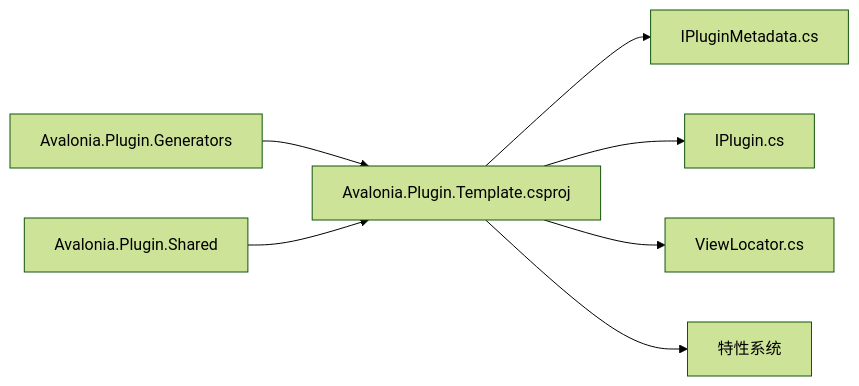
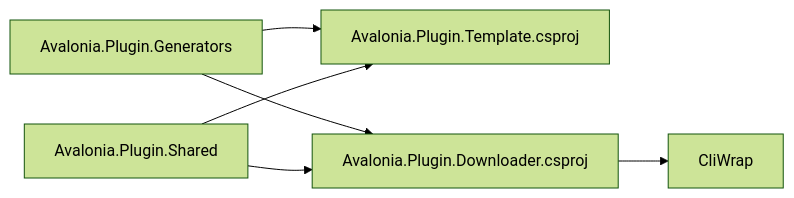
Before and after one commit to lytree/AvaloniaTemplate: the seventh of 7 diagrams in .qoder/repowiki/zh/content/插件开发教程/插件开发教程.md, drawn with Mermaid (forest theme). The commit also changed other lines of this file and 3 other files, not shown here.

````diff
--- a/.qoder/repowiki/zh/content/插件开发教程/插件开发教程.md
+++ b/.qoder/repowiki/zh/content/插件开发教程/插件开发教程.md
@@ -291,9 +431,8 @@
 ```mermaid
 graph LR
 Gen["Avalonia.Plugin.Generators"] --> TPL["Avalonia.Plugin.Template.csproj"]
+Gen --> DOWN["Avalonia.Plugin.Downloader.csproj"]
 Shared["Avalonia.Plugin.Shared"] --> TPL
-TPL --> IF2["IPluginMetadata.cs"]
-TPL --> IF1["IPlugin.cs"]
-TPL --> LOC["ViewLocator.cs"]
-TPL --> ATTR["特性系统"]
+Shared --> DOWN
+DOWN --> CliWrap["CliWrap"]
 ```
````
